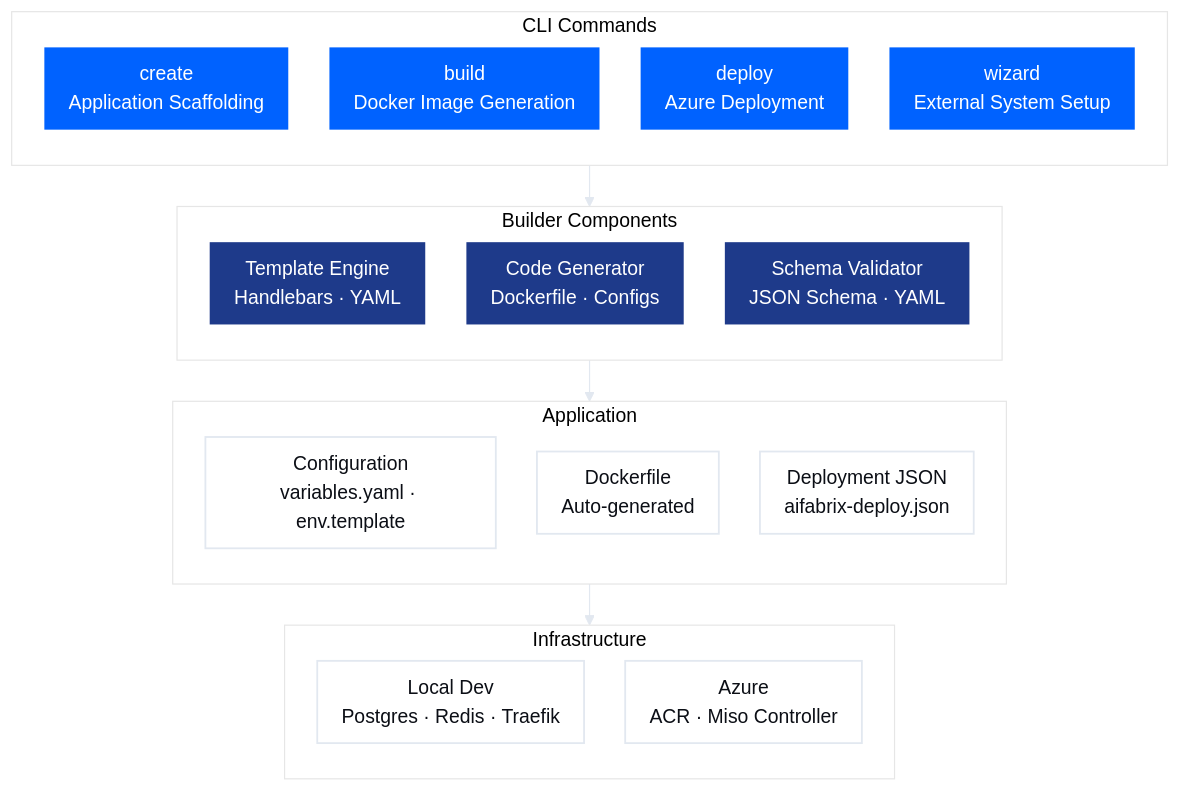
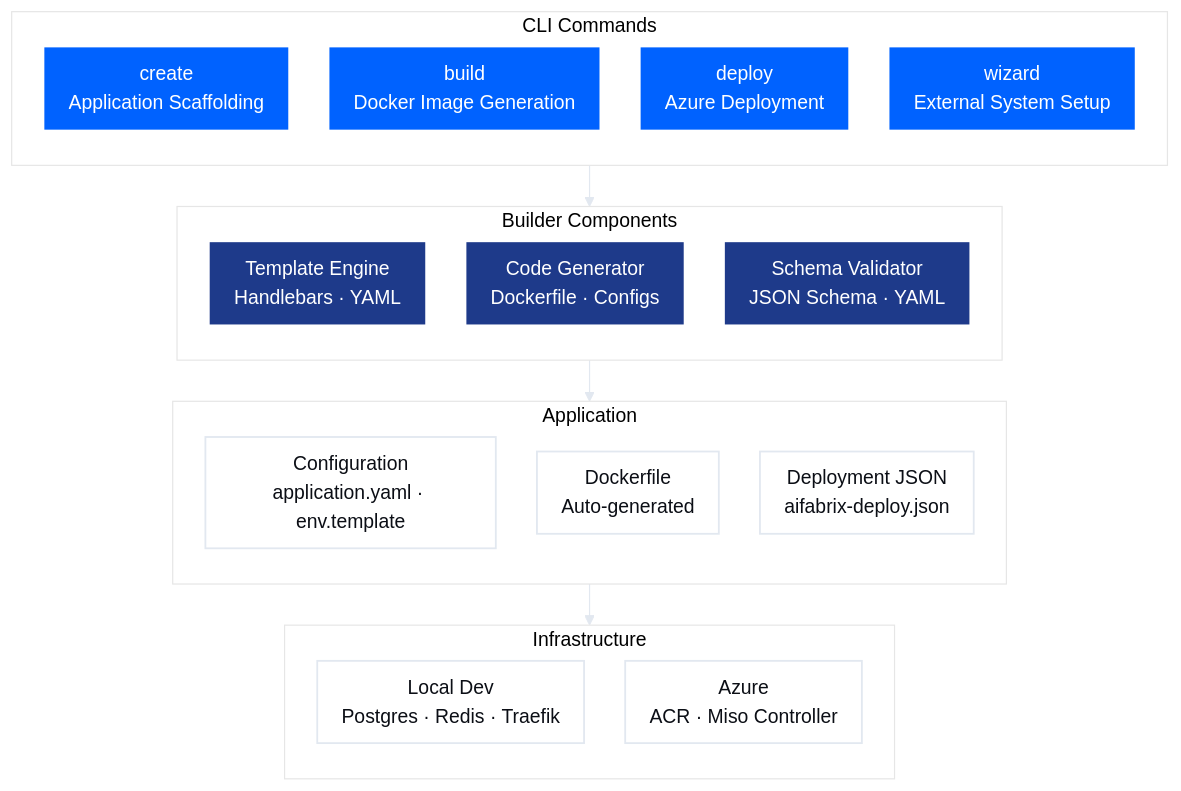
Before and after one commit to esystemsdev/aifabrix-builder: the first of 4 diagrams in .cursor/rules/flows-and-visuals.md, drawn with Mermaid. The commit also changed other lines of this file and 259 other files, not shown here.

````diff
--- a/.cursor/rules/flows-and-visuals.md
+++ b/.cursor/rules/flows-and-visuals.md
@@ -46,80 +46,80 @@
 ```mermaid
 %%{init: {
   "theme": "base",
   "themeVariables": {
     "fontFamily": "Poppins, Arial Rounded MT Bold, Arial, sans-serif",
     "fontSize": "16px",
     "background": "#FFFFFF",
     "primaryColor": "#F8FAFC",
     "primaryTextColor": "#0B0E15",
     "primaryBorderColor": "#E2E8F0",
     "lineColor": "#E2E8F0",
     "textColor": "#0B0E15",
     "subGraphTitleColor": "#64748B",
     "subGraphTitleFontWeight": "500",
     "borderRadius": 16
   },
   "flowchart": {
     "curve": "linear",
     "nodeSpacing": 34,
     "rankSpacing": 34,
     "padding": 10
   }
 }}%%
 
 flowchart TB
 
 %% =======================
 %% Styles
 %% =======================
 classDef base fill:#FFFFFF,color:#0B0E15,stroke:#E2E8F0,stroke-width:1.5px;
 classDef medium fill:#1E3A8A,color:#ffffff,stroke-width:0px;
 classDef primary fill:#0062FF,color:#ffffff,stroke-width:0px;
 
 %% =======================
 %% CLI Layer
 %% =======================
 subgraph CLI["CLI Commands"]
   direction TB
   Create["create<br/>Application Scaffolding"]:::primary
   Build["build<br/>Docker Image Generation"]:::primary
   Deploy["deploy<br/>Azure Deployment"]:::primary
   Wizard["wizard<br/>External System Setup"]:::primary
 end
 
 %% =======================
 %% Builder Components
 %% =======================
 subgraph Builder["Builder Components"]
   direction TB
   Templates["Template Engine<br/>Handlebars · YAML"]:::medium
   Generator["Code Generator<br/>Dockerfile · Configs"]:::medium
   Validator["Schema Validator<br/>JSON Schema · YAML"]:::medium
 end
 
 %% =======================
 %% Application
 %% =======================
 subgraph Application["Application"]
   direction TB
-  Config["Configuration<br/>variables.yaml · env.template"]:::base
+  Config["Configuration<br/>application.yaml · env.template"]:::base
   Dockerfile["Dockerfile<br/>Auto-generated"]:::base
   DeployJson["Deployment JSON<br/>aifabrix-deploy.json"]:::base
 end
 
 %% =======================
 %% Infrastructure
 %% =======================
 subgraph Infrastructure["Infrastructure"]
   direction TB
   Local["Local Dev<br/>Postgres · Redis · Traefik"]:::base
   Azure["Azure<br/>ACR · Miso Controller"]:::base
 end
 
 %% =======================
 %% Allowed flows
 %% =======================
 CLI --> Builder
 Builder --> Application
 Application --> Infrastructure
 ```
````
